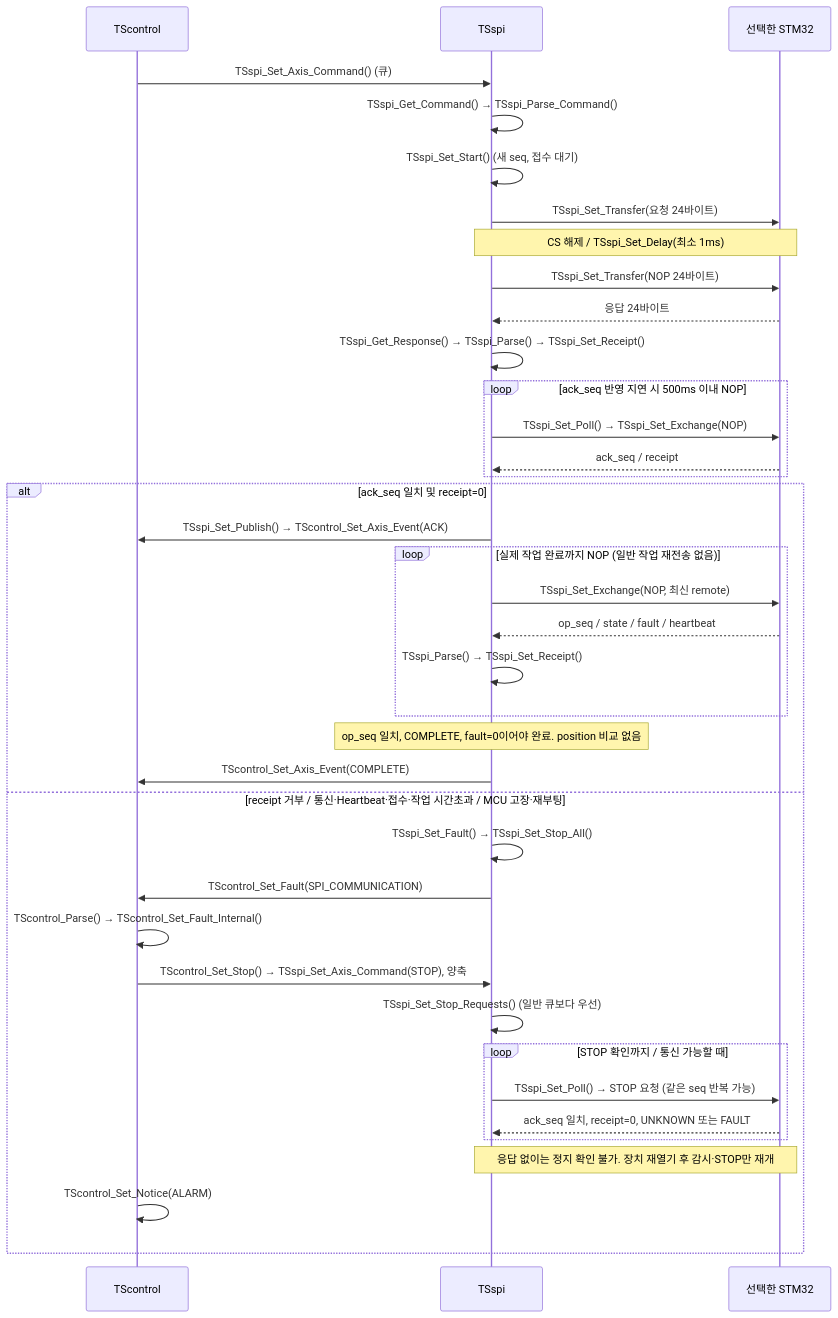
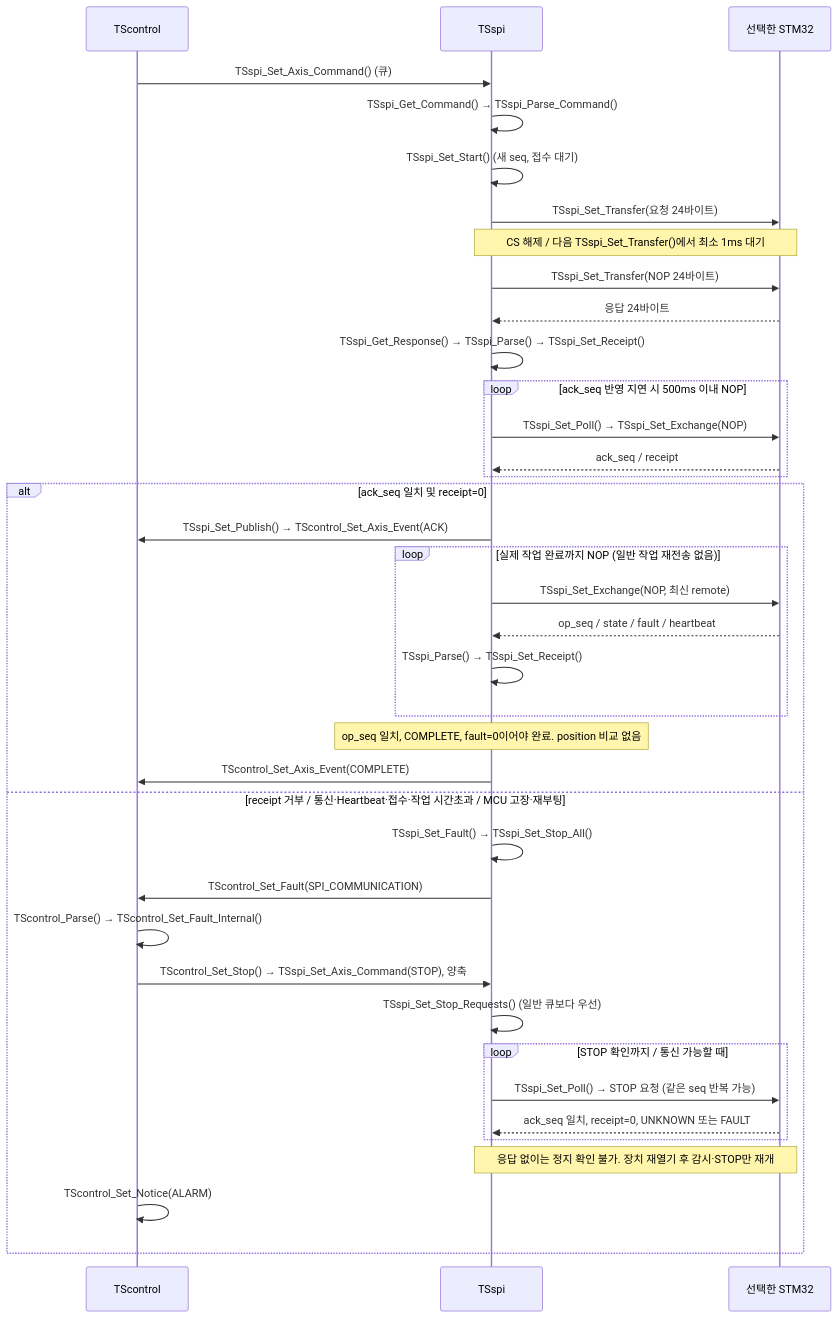
The fourth of 4 diagrams in oht_controller/docs/SEQUENCE_DIAGRAMS.md (takecareYata/oht_project), drawn with Mermaid before and after one commit. The commit also changed other lines of this file and 13 other files, not shown here.

````diff
--- a/oht_controller/docs/SEQUENCE_DIAGRAMS.md
+++ b/oht_controller/docs/SEQUENCE_DIAGRAMS.md
@@ -127,40 +127,40 @@
 ```mermaid
 sequenceDiagram
     participant CONTROL as TScontrol
     participant SPI as TSspi
     participant MCU as 선택한 STM32
     CONTROL->>SPI: TSspi_Set_Axis_Command() (큐)
     SPI->>SPI: TSspi_Get_Command() → TSspi_Parse_Command()
     SPI->>SPI: TSspi_Set_Start() (새 seq, 접수 대기)
     SPI->>MCU: TSspi_Set_Transfer(요청 24바이트)
-    Note over SPI,MCU: CS 해제 / TSspi_Set_Delay(최소 1ms)
+    Note over SPI,MCU: CS 해제 / 다음 TSspi_Set_Transfer()에서 최소 1ms 대기
     SPI->>MCU: TSspi_Set_Transfer(NOP 24바이트)
     MCU-->>SPI: 응답 24바이트
     SPI->>SPI: TSspi_Get_Response() → TSspi_Parse() → TSspi_Set_Receipt()
     loop ack_seq 반영 지연 시 500ms 이내 NOP
         SPI->>MCU: TSspi_Set_Poll() → TSspi_Set_Exchange(NOP)
         MCU-->>SPI: ack_seq / receipt
     end
     alt ack_seq 일치 및 receipt=0
         SPI->>CONTROL: TSspi_Set_Publish() → TScontrol_Set_Axis_Event(ACK)
         loop 실제 작업 완료까지 NOP (일반 작업 재전송 없음)
             SPI->>MCU: TSspi_Set_Exchange(NOP, 최신 remote)
             MCU-->>SPI: op_seq / state / fault / heartbeat
             SPI->>SPI: TSspi_Parse() → TSspi_Set_Receipt()
         end
         Note over SPI: op_seq 일치, COMPLETE, fault=0이어야 완료. position 비교 없음
         SPI->>CONTROL: TScontrol_Set_Axis_Event(COMPLETE)
     else receipt 거부 / 통신·Heartbeat·접수·작업 시간초과 / MCU 고장·재부팅
         SPI->>SPI: TSspi_Set_Fault() → TSspi_Set_Stop_All()
         SPI->>CONTROL: TScontrol_Set_Fault(SPI_COMMUNICATION)
         CONTROL->>CONTROL: TScontrol_Parse() → TScontrol_Set_Fault_Internal()
         CONTROL->>SPI: TScontrol_Set_Stop() → TSspi_Set_Axis_Command(STOP), 양축
         SPI->>SPI: TSspi_Set_Stop_Requests() (일반 큐보다 우선)
         loop STOP 확인까지 / 통신 가능할 때
             SPI->>MCU: TSspi_Set_Poll() → STOP 요청 (같은 seq 반복 가능)
             MCU-->>SPI: ack_seq 일치, receipt=0, UNKNOWN 또는 FAULT
         end
         Note over SPI,MCU: 응답 없이는 정지 확인 불가. 장치 재열기 후 감시·STOP만 재개
         CONTROL->>CONTROL: TScontrol_Set_Notice(ALARM)
     end
 ```
````
